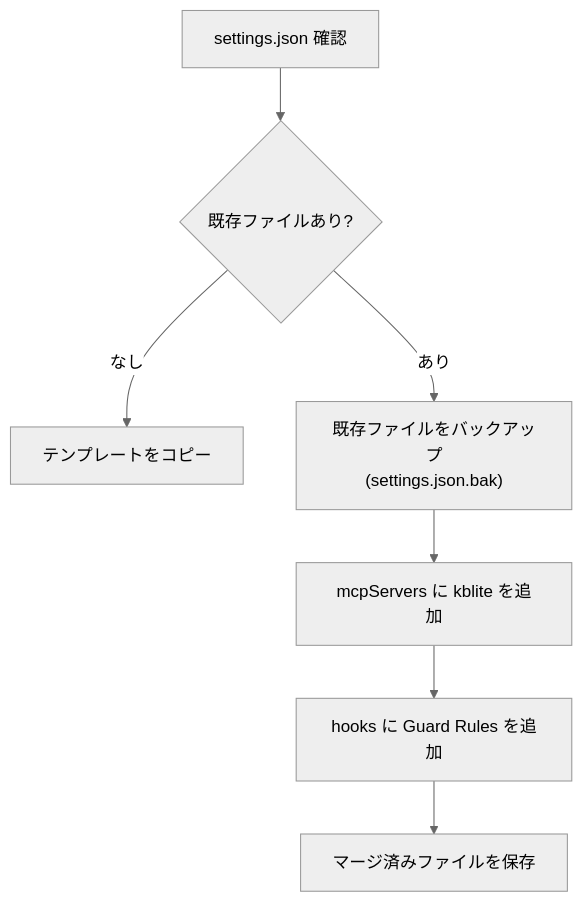
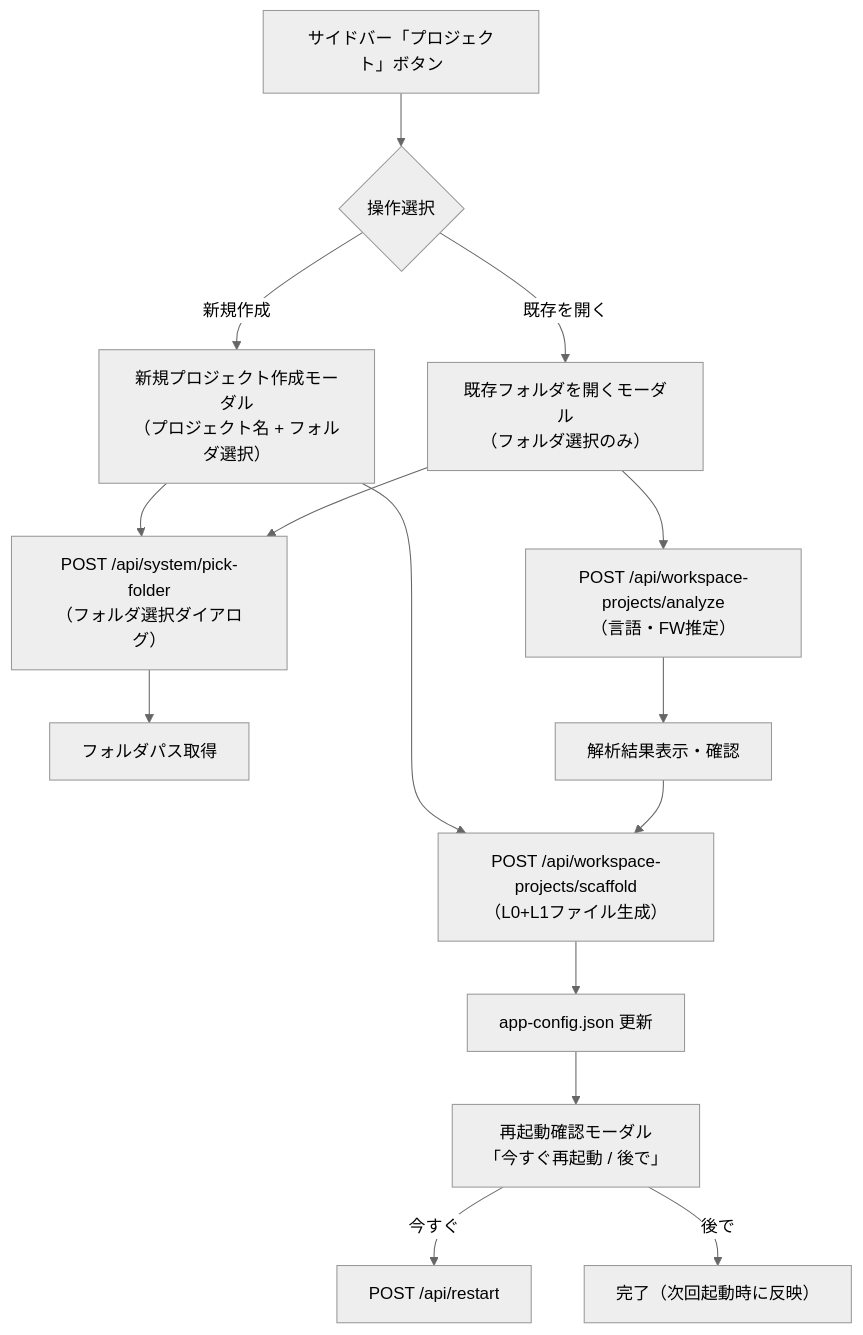
The seventh of 7 diagrams in doc/DESIGN-002_kblite-basic-design.md (76Hata/KBLite), drawn with Mermaid (neutral theme) before and after one commit. The commit also changed other lines of this file and 4 other files, not shown here.

````diff
--- a/doc/DESIGN-002_kblite-basic-design.md
+++ b/doc/DESIGN-002_kblite-basic-design.md
@@ -662,9 +970,17 @@
 ```mermaid
 flowchart TD
-    A["settings.json 確認"] --> B{"既存ファイルあり?"}
-    B -->|"なし"| C["テンプレートをコピー"]
-    B -->|"あり"| D["既存ファイルをバックアップ<br/>(settings.json.bak)"]
-    D --> E["mcpServers に kblite を追加"]
-    E --> F["hooks に Guard Rules を追加"]
-    F --> G["マージ済みファイルを保存"]
+    A["サイドバー「プロジェクト」ボタン"] --> B{"操作選択"}
+    B -->|"新規作成"| C["新規プロジェクト作成モーダル\n（プロジェクト名 + フォルダ選択）"]
+    B -->|"既存を開く"| D["既存フォルダを開くモーダル\n（フォルダ選択のみ）"]
+    C --> E["POST /api/system/pick-folder\n（フォルダ選択ダイアログ）"]
+    D --> E
+    E --> F["フォルダパス取得"]
+    C --> G["POST /api/workspace-projects/scaffold\n（L0+L1ファイル生成）"]
+    D --> H["POST /api/workspace-projects/analyze\n（言語・FW推定）"]
+    H --> I["解析結果表示・確認"]
+    I --> G
+    G --> J["app-config.json 更新"]
+    J --> K["再起動確認モーダル\n「今すぐ再起動 / 後で」"]
+    K -->|"今すぐ"| L["POST /api/restart"]
+    K -->|"後で"| M["完了（次回起動時に反映）"]
 ```
````
